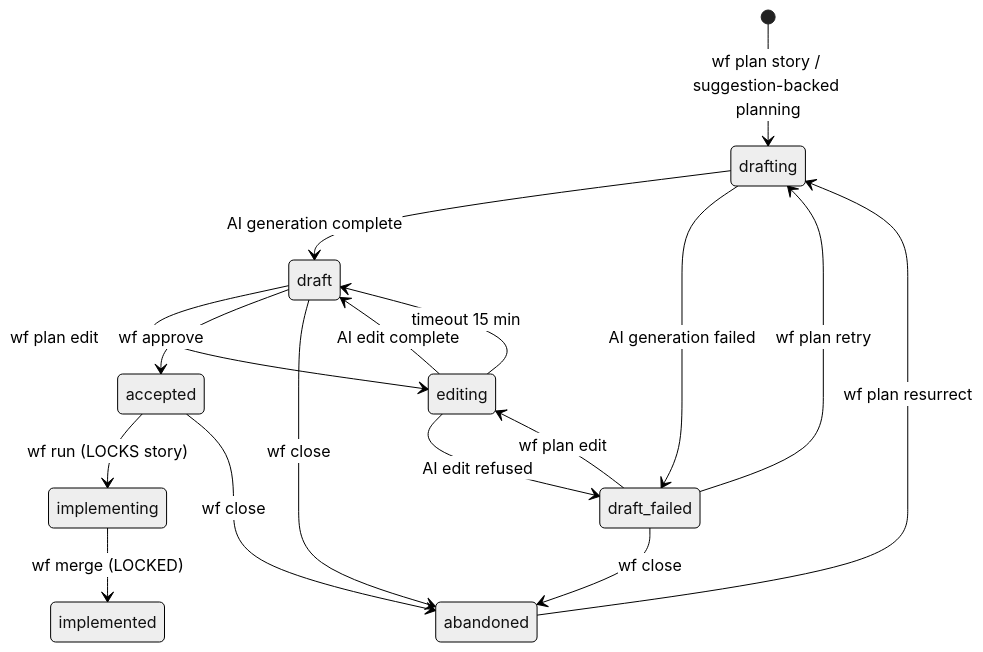
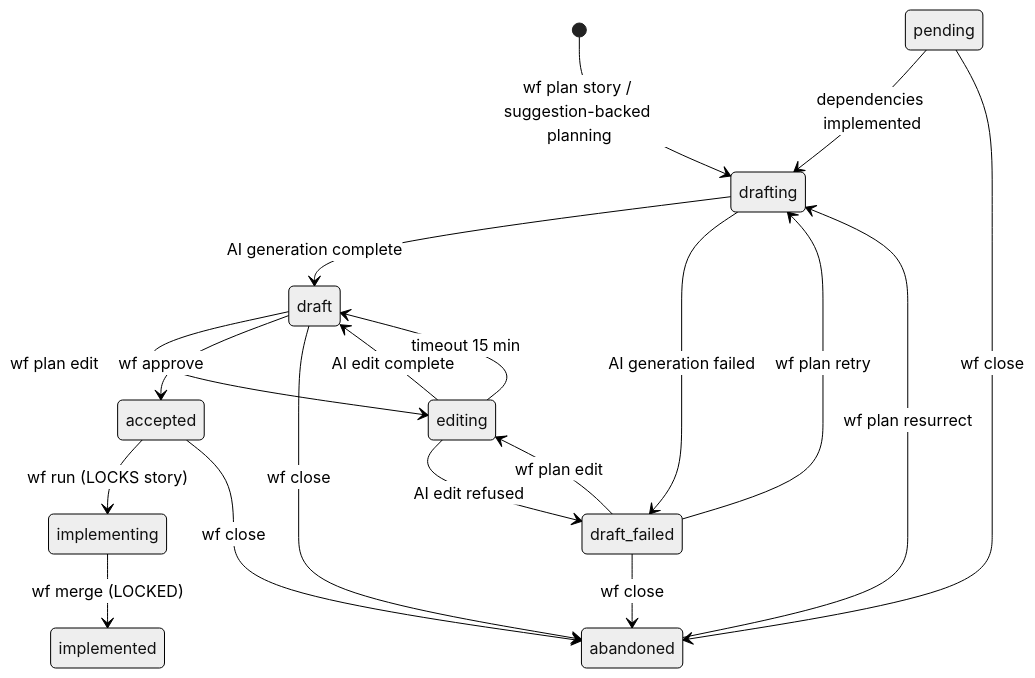
One commit to codr1/hashd-code changed the seventh of 11 diagrams in docs/WF.md. Above: the diagram before and after it, drawn with Mermaid (neutral theme). The commit also changed other lines of this file and 3 other files, not shown here.

````diff
--- a/docs/WF.md
+++ b/docs/WF.md
@@ -1072,19 +1093,21 @@
 ```mermaid
 stateDiagram-v2
     [*] --> drafting : wf plan story / suggestion-backed planning
     drafting --> draft : AI generation complete
     drafting --> draft_failed : AI generation failed
+    pending --> drafting : dependencies implemented
+    pending --> abandoned : wf close
     draft_failed --> drafting : wf plan retry
     draft_failed --> editing : wf plan edit
     draft_failed --> abandoned : wf close
     draft --> editing : wf plan edit
     editing --> draft : AI edit complete
     editing --> draft_failed : AI edit refused
     editing --> draft : timeout 15 min
     draft --> accepted : wf approve
     accepted --> implementing : wf run (LOCKS story)
     implementing --> implemented : wf merge (LOCKED)
     draft --> abandoned : wf close
     accepted --> abandoned : wf close
     abandoned --> drafting : wf plan resurrect
 ```
````
